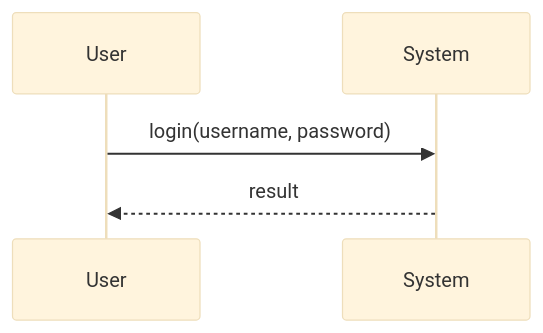
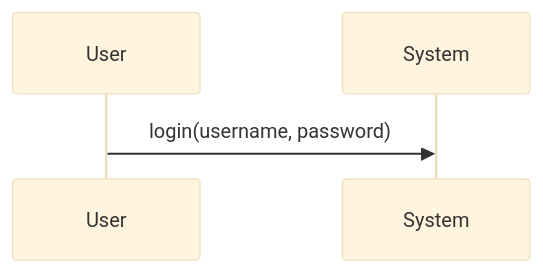
Before and after one commit to ophenix-maisonneuve/420-930-ma-site-web: the second of 10 diagrams in _notes/uml/uml-sequence.md, drawn with Mermaid (base theme). The commit also changed other lines of this file, not shown here.

Commit message:
ajout des notes de cours sur le diagramme de séquence

````diff
--- a/_notes/uml/uml-sequence.md
+++ b/_notes/uml/uml-sequence.md
@@ -45,5 +45,4 @@
 ```mermaid
 sequenceDiagram
 User ->> System : login(username, password)
-System -->> User : result
 ```
````
